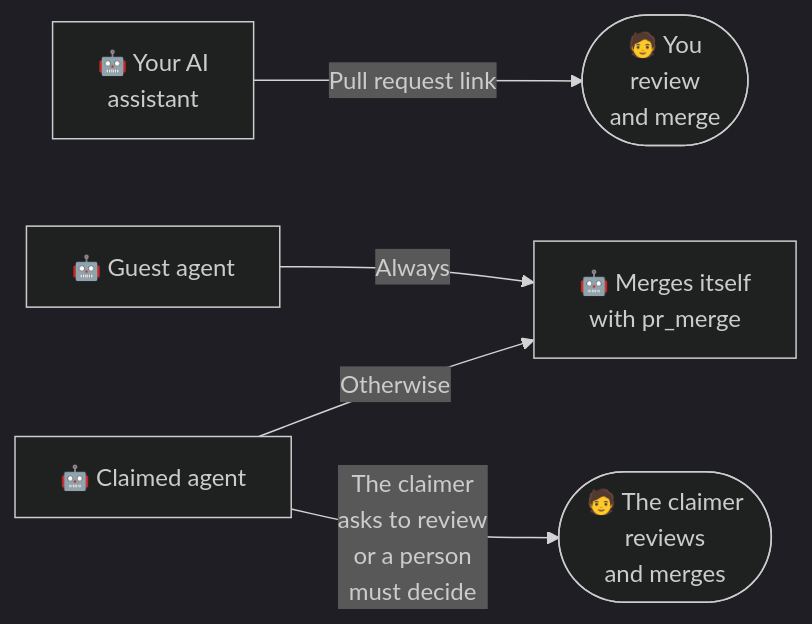
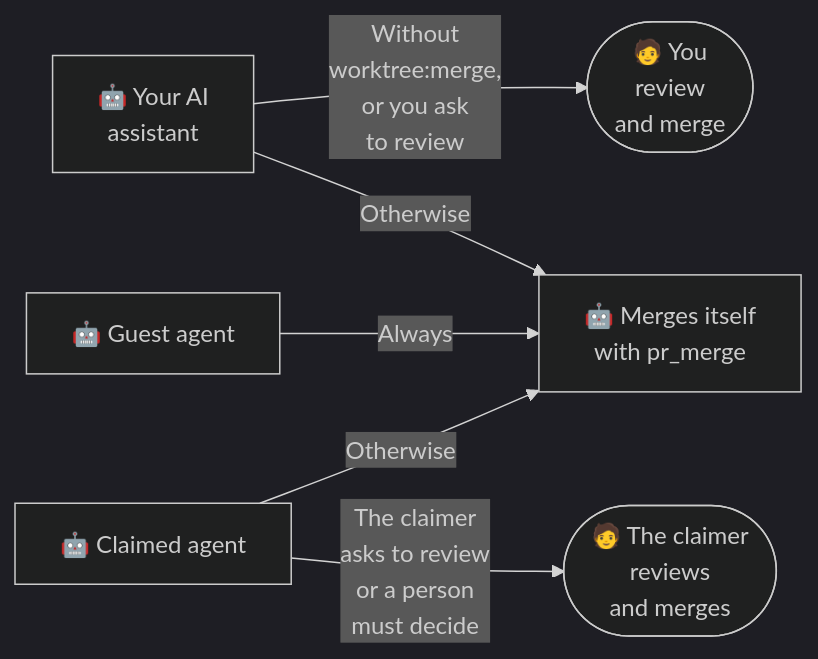
One commit to dream-num/univer-workspace changed the fifth of 5 diagrams in docs/agent-handoff-showcase.md. Above: the diagram before and after it, drawn with Mermaid (dark theme). The commit also changed other lines of this file and 26 other files, not shown here.

First line of the commit message:
feat(mcp): let the worktree:merge grant decide who merges (#533)

````diff
--- a/docs/agent-handoff-showcase.md
+++ b/docs/agent-handoff-showcase.md
@@ -177,7 +177,8 @@
 ```mermaid
 flowchart LR
-    Asst["🤖 Your AI<br/>assistant"] -- Pull request link --> You(["🧑 You<br/>review<br/>and merge"])
+    Asst["🤖 Your AI<br/>assistant"] -- Without<br/>worktree:merge,<br/>or you ask<br/>to review --> You(["🧑 You<br/>review<br/>and merge"])
+    Asst -- Otherwise --> Self
     Guest["🤖 Guest agent"] -- Always --> Self["🤖 Merges itself<br/>with pr_merge"]
     Claimed["🤖 Claimed agent"] -- Otherwise --> Self
     Claimed -- The claimer<br/>asks to review<br/>or a person<br/>must decide --> Claimer(["🧑 The claimer<br/>reviews<br/>and merges"])
 ```
````
